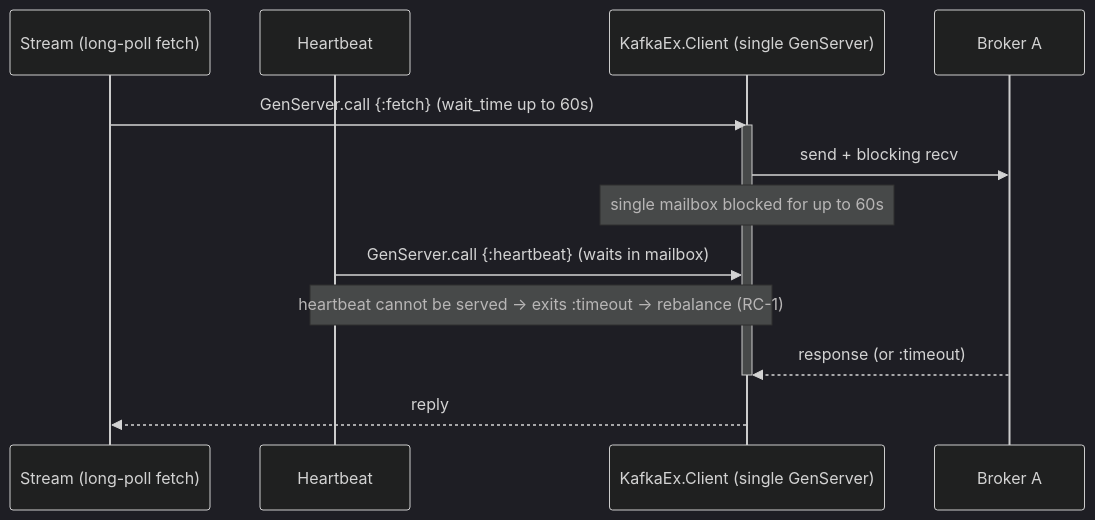
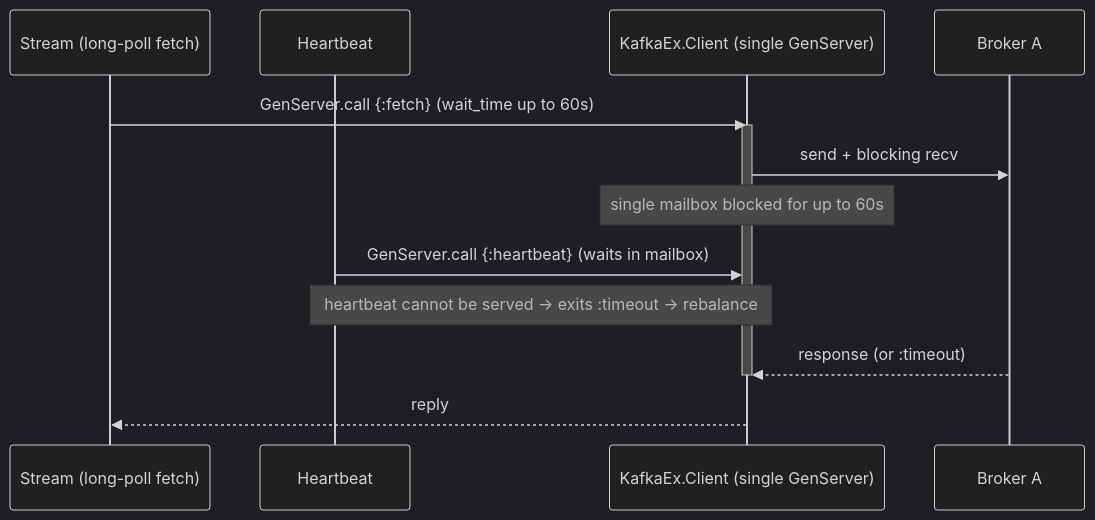
One commit to kafkaex/kafka_ex changed the first of 10 diagrams in docs/rfcs/0001-client-process-architecture.md. Above: the diagram before and after it, drawn with Mermaid (dark theme). The commit also changed other lines of this file, not shown here.

````diff
--- a/docs/rfcs/0001-client-process-architecture.md
+++ b/docs/rfcs/0001-client-process-architecture.md
@@ -68,16 +106,16 @@
 ```mermaid
 sequenceDiagram
     participant S as Stream (long-poll fetch)
     participant HB as Heartbeat
     participant C as KafkaEx.Client (single GenServer)
     participant BrA as Broker A
     S->>C: GenServer.call {:fetch} (wait_time up to 60s)
     activate C
     C->>BrA: send + blocking recv
     Note over C: single mailbox blocked for up to 60s
     HB->>C: GenServer.call {:heartbeat} (waits in mailbox)
-    Note over HB,C: heartbeat cannot be served -> exits :timeout -> rebalance (RC-1)
+    Note over HB,C: heartbeat cannot be served -> exits :timeout -> rebalance
     BrA-->>C: response (or :timeout)
     deactivate C
     C-->>S: reply
 ```
````
